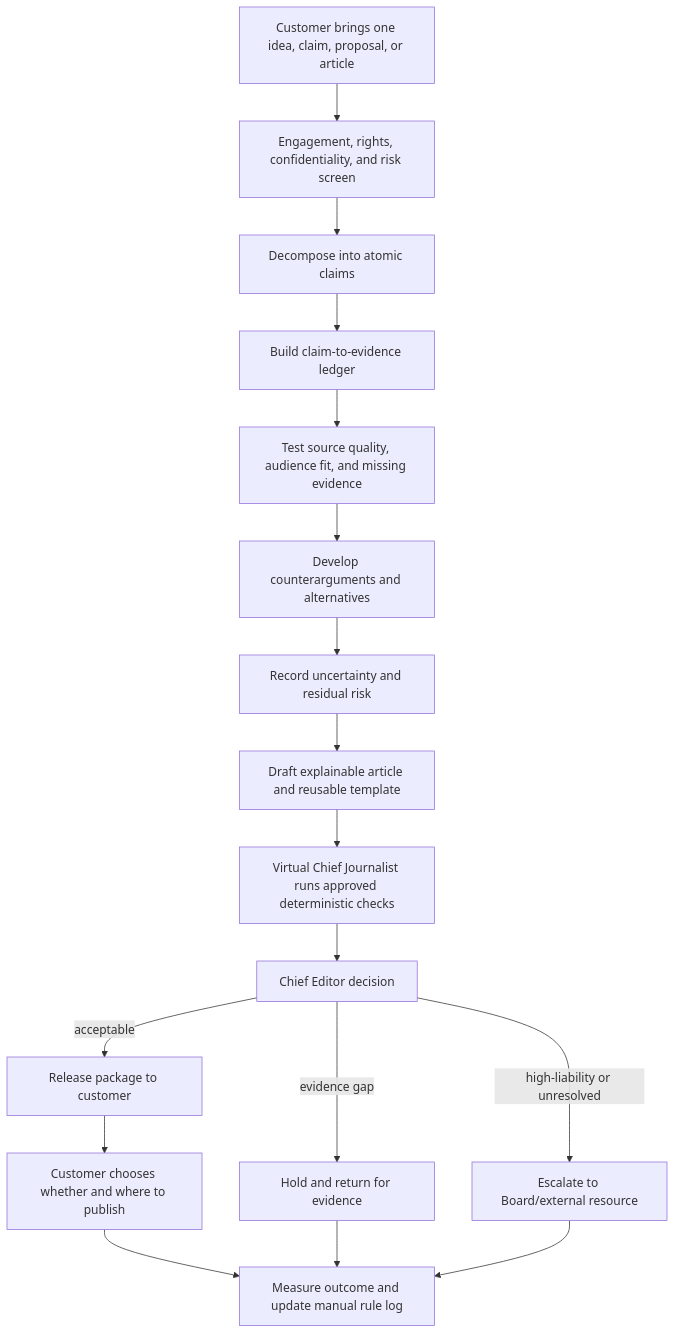
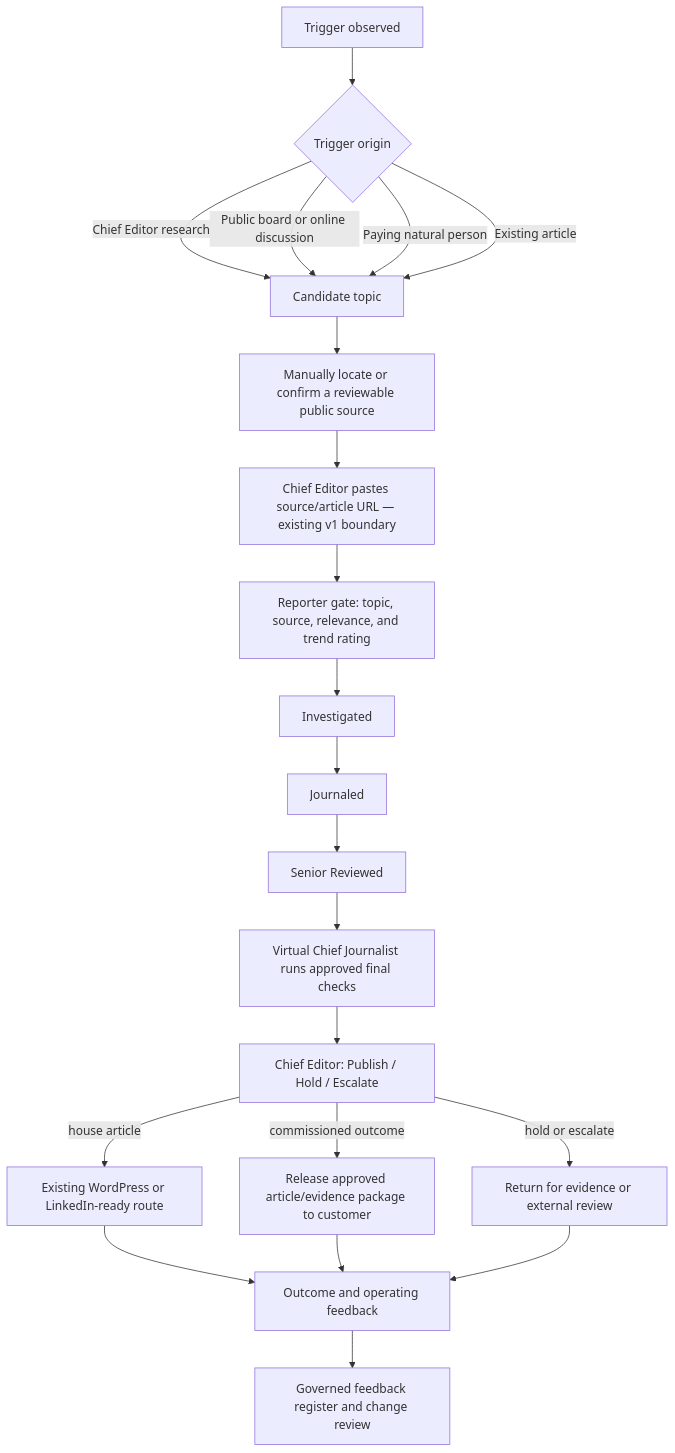
One commit to robertaoai/my-editorial-app changed the diagram in docs/governance/board-proposal-professional-evidence-review-poc.md. Above: the diagram before and after it, drawn with Mermaid. The commit also changed other lines of this file, not shown here.

Commit message:
docs: align evidence PoC with existing product

````diff
--- a/docs/governance/board-proposal-professional-evidence-review-poc.md
+++ b/docs/governance/board-proposal-professional-evidence-review-poc.md
@@ -117,19 +81,23 @@
 ```mermaid
 flowchart TD
-    A["Customer brings one idea, claim, proposal, or article"] --> B["Engagement, rights, confidentiality, and risk screen"]
-    B --> C["Decompose into atomic claims"]
-    C --> D["Build claim-to-evidence ledger"]
-    D --> E["Test source quality, audience fit, and missing evidence"]
-    E --> F["Develop counterarguments and alternatives"]
-    F --> G["Record uncertainty and residual risk"]
-    G --> H["Draft explainable article and reusable template"]
-    H --> I["Virtual Chief Journalist runs approved deterministic checks"]
-    I --> J["Chief Editor decision"]
-    J -->|acceptable| K["Release package to customer"]
-    J -->|evidence gap| L["Hold and return for evidence"]
-    J -->|high-liability or unresolved| M["Escalate to Board/external resource"]
-    K --> N["Customer chooses whether and where to publish"]
-    N --> O["Measure outcome and update manual rule log"]
-    L --> O
+    A["Trigger observed"] --> B{"Trigger origin"}
+    B -->|Chief Editor research| C["Candidate topic"]
+    B -->|Public board or online discussion| C
+    B -->|Paying natural person| C
+    B -->|Existing article| C
+    C --> D["Manually locate or confirm a reviewable public source"]
+    D --> E["Chief Editor pastes source/article URL — existing v1 boundary"]
+    E --> F["Reporter gate: topic, source, relevance, and trend rating"]
+    F --> G["Investigated"]
+    G --> H["Journaled"]
+    H --> I["Senior Reviewed"]
+    I --> J["Virtual Chief Journalist runs approved final checks"]
+    J --> K["Chief Editor: Publish / Hold / Escalate"]
+    K -->|house article| L["Existing WordPress or LinkedIn-ready route"]
+    K -->|commissioned outcome| M["Release approved article/evidence package to customer"]
+    K -->|hold or escalate| N["Return for evidence or external review"]
+    L --> O["Outcome and operating feedback"]
     M --> O
+    N --> O
+    O --> P["Governed feedback register and change review"]
 ```
````
